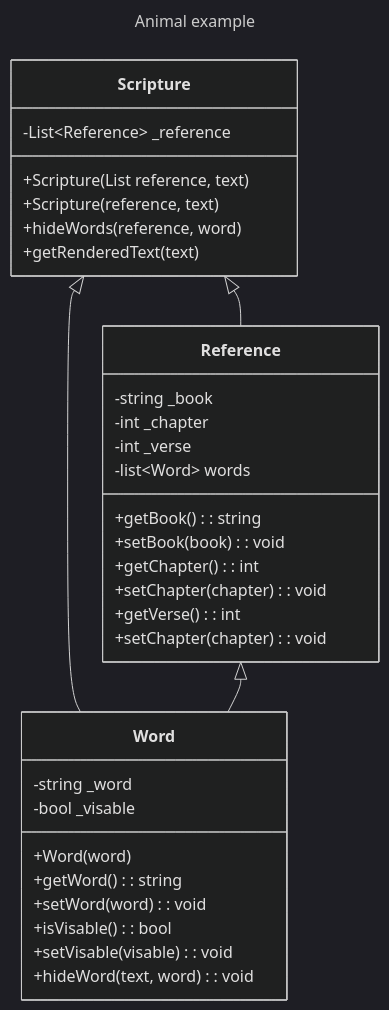
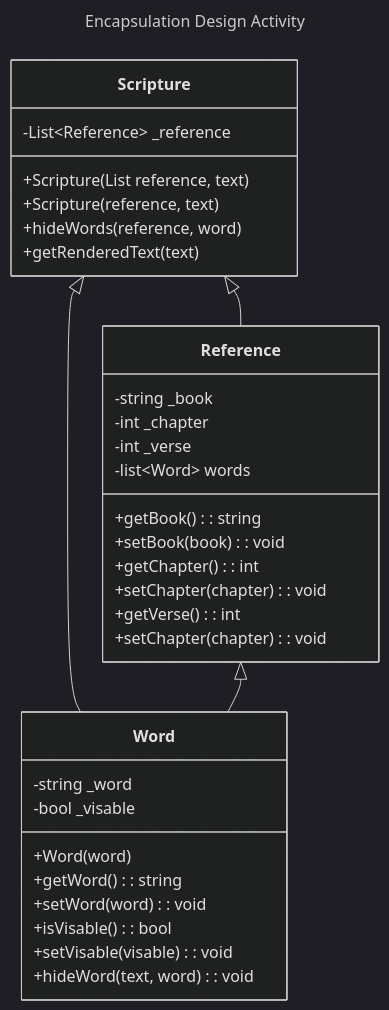
One commit to taggmcd/cse210 changed the diagram in prove/Develop03/README.md. Above: the diagram before and after it, drawn with Mermaid (dark theme).

Commit message:
Change title

````diff
--- a/prove/Develop03/README.md
+++ b/prove/Develop03/README.md
@@ -1,46 +1,46 @@
 ```mermaid
 ---
-title: Animal example
+title:  Encapsulation Design Activity
 ---
 classDiagram
     class Scripture{
         -List~Reference~ _reference
 
         +Scripture(List reference, text)
         +Scripture(reference, text)
 
         +hideWords(reference, word)
         +getRenderedText(text)
 
     }
 
     class Reference{
         -string _book
         -int _chapter
         -int _verse
         -list~Word~ words
 
         +getBook() : string
         +setBook(book) : void
         +getChapter() : int
         +setChapter(chapter) : void
         +getVerse() : int
         +setChapter(chapter) : void
     }
 
     class Word{
         -string _word
         -bool _visable
 
         +Word(word)
         +getWord() : string
         +setWord(word) : void
         +isVisable() : bool
         +setVisable(visable) : void
         +hideWord(text, word) : void
     }
 
     Scripture <|-- Reference
     Scripture <|-- Word
     Reference <|-- Word
 ```
````
